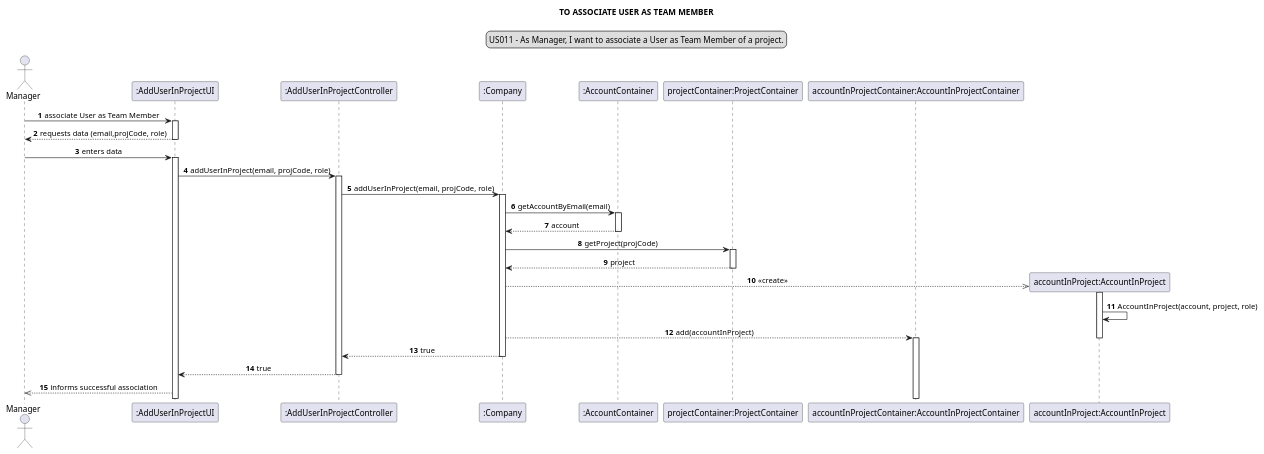
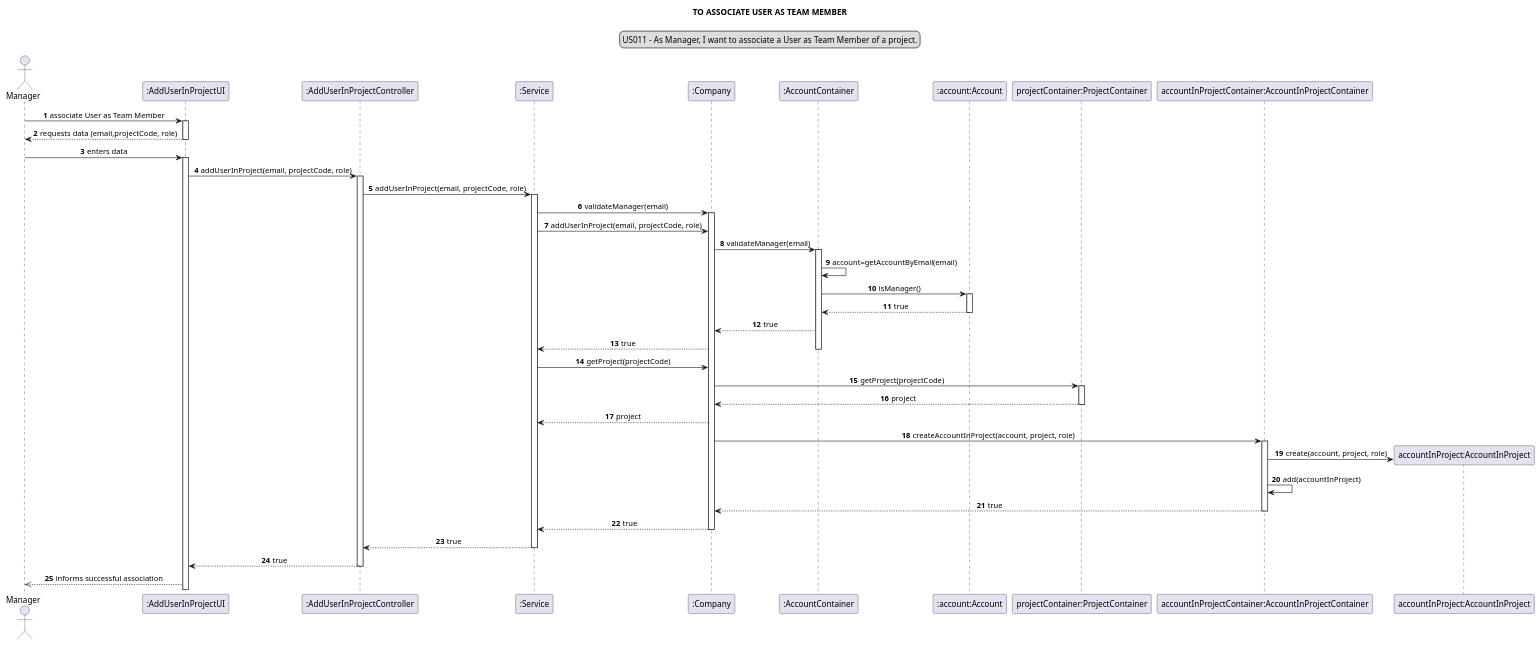
The diagram in docs/modelling_design/user_stories/us011/US011_sequenceDiagram.puml (Loracline/project_switch_22-23), drawn with PlantUML before and after one commit. The commit also changed 1 other file, not shown here.

Commit message:
US011: Design: Refactor of Sequence and Class diagram: addition of Service layer

```diff
--- a/docs/modelling_design/user_stories/us011/US011_sequenceDiagram.puml
+++ b/docs/modelling_design/user_stories/us011/US011_sequenceDiagram.puml
@@ -1,56 +1,67 @@
 @startuml
 
 skinparam sequenceMessageAlign center
 title TO ASSOCIATE USER AS TEAM MEMBER
 legend top
 US011 - As Manager, I want to associate a User as Team Member of a project.
 end legend
 autonumber
 
 actor Manager
 participant ":AddUserInProjectUI" as ui
 participant ":AddUserInProjectController" as controller
+participant ":Service" as ser
 participant ":Company" as company
 participant ":AccountContainer" as acccontainer
+participant ":account:Account" as acc
 participant "projectContainer:ProjectContainer" as pcontainer
 participant "accountInProjectContainer:AccountInProjectContainer" as accinprojcont
 participant "accountInProject:AccountInProject" as accinproj
 
 
 Manager -> ui:  associate User as Team Member
 activate ui
-Manager <-- ui:  requests data (email,projCode, role)
+Manager <-- ui:  requests data (email,projectCode, role)
 deactivate ui
 Manager -> ui:  enters data
 activate ui
-ui -> controller: addUserInProject(email, projCode, role)
+ui -> controller: addUserInProject(email, projectCode, role)
 activate controller
-controller -> company: addUserInProject(email, projCode, role)
+controller -> ser: addUserInProject(email, projectCode, role)
+activate ser
+company <- ser: validateManager(email)
 activate company
-company -> acccontainer: getAccountByEmail(email)
+company <- ser: addUserInProject(email, projectCode, role)
+company -> acccontainer: validateManager(email)
 activate acccontainer
-company <-- acccontainer: account
+acccontainer -> acccontainer: account=getAccountByEmail(email)
+acccontainer -> acc: isManager()
+activate acc
+acccontainer <-- acc: true
+deactivate acc
+acccontainer --> company: true
+company --> ser: true
 deactivate acccontainer
-company -> pcontainer: getProject(projCode)
+ser -> company: getProject(projectCode)
+company -> pcontainer:getProject(projectCode)
 activate pcontainer
 company <-- pcontainer: project
 deactivate pcontainer
+ser <-- company: project
+accinprojcont <- company: createAccountInProject(account, project, role)
+activate accinprojcont
+create accinproj
+accinprojcont -> accinproj: create(account, project, role)
+'https://stackoverflow.com/questions/27001842/how-to-draw-calls-from-constructors-in-uml-sequence-diagrams
 
-'https://stackoverflow.com/questions/27001842/how-to-draw-calls-from-constructors-in-uml-sequence-diagrams
-create accinproj
-company -->> accinproj: <<create>>
-activate accinproj
-accinproj -> accinproj: AccountInProject(account, project, role)
-company --> accinprojcont: add(accountInProject)
-deactivate accinproj
-activate accinprojcont
+accinprojcont -> accinprojcont: add(accountInProject)
+accinprojcont --> company: true
 deactivate accinprojcont
-
-
-company --> controller : true
+company --> ser: true
 deactivate company
+ser --> controller: true
+deactivate ser
 controller --> ui: true
 deactivate controller
 ui -->> Manager: informs successful association
-
 @enduml
```
